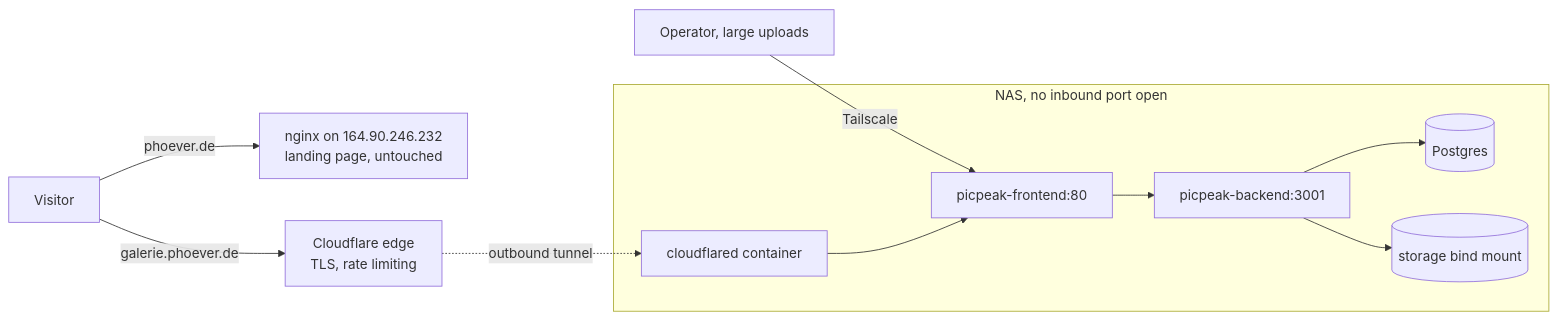
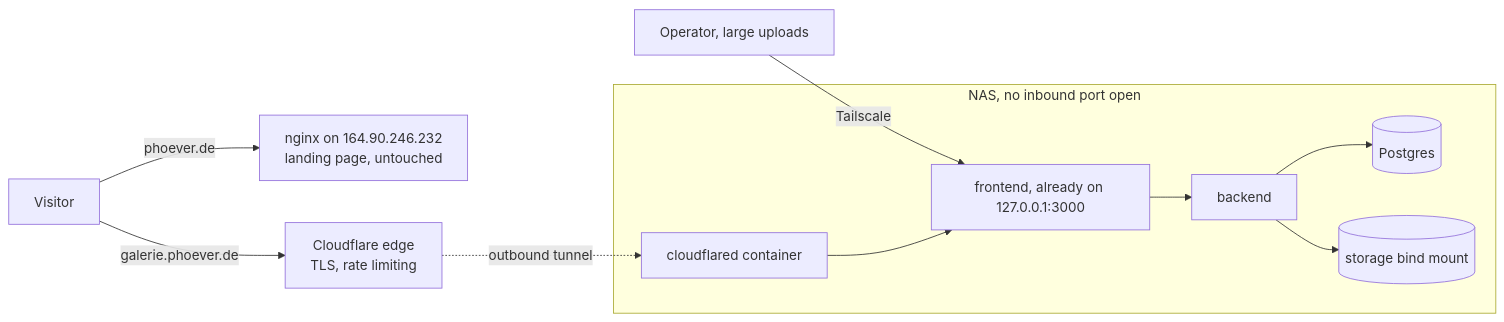
One commit to DoDucHoa/picpeak changed the diagram in docs/superpowers/specs/2026-09-20-publish-galerie-subdomain-design.md. Above: the diagram before and after it, drawn with Mermaid. The commit also changed other lines of this file and 1 other file, not shown here.

````diff
--- a/docs/superpowers/specs/2026-09-20-publish-galerie-subdomain-design.md
+++ b/docs/superpowers/specs/2026-09-20-publish-galerie-subdomain-design.md
@@ -112,18 +112,18 @@
 ```mermaid
 flowchart LR
     V["Visitor"] -->|"phoever.de"| LP["nginx on 164.90.246.232<br/>landing page, untouched"]
     V -->|"galerie.phoever.de"| CF["Cloudflare edge<br/>TLS, rate limiting"]
     CF -.->|"outbound tunnel"| CD["cloudflared container"]
     OP["Operator, large uploads"] -->|"Tailscale"| FE
-    CD --> FE["picpeak-frontend:80"]
-    FE --> BE["picpeak-backend:3001"]
+    CD --> FE["frontend, already on 127.0.0.1:3000"]
+    FE --> BE["backend"]
     BE --> PG[("Postgres")]
     BE --> ST[("storage bind mount")]
     subgraph NAS["NAS, no inbound port open"]
         CD
         FE
         BE
         PG
         ST
     end
 ```
````
